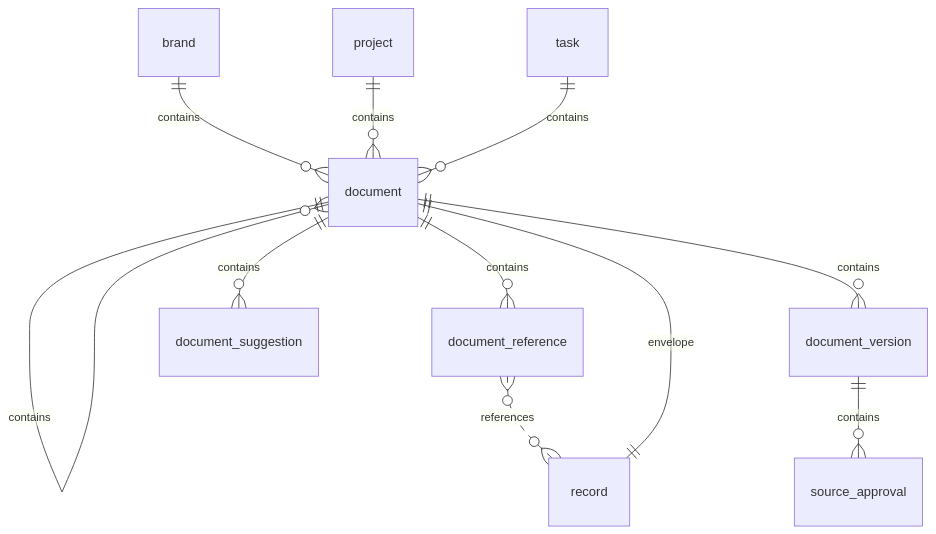
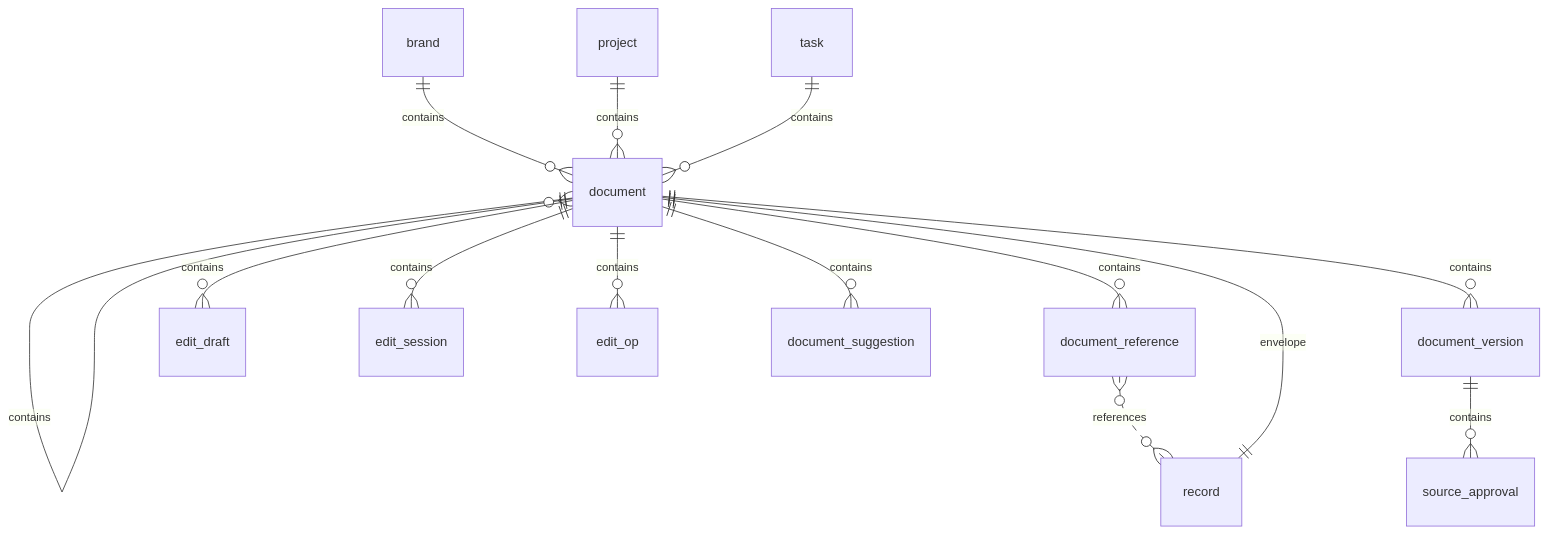
Diagram 17 of 30 in docs/architecture/data/generated/er-diagrams.md (KatrielMoses/pm), drawn with Mermaid before and after one commit. The commit also changed 50 other files, not shown here.

````diff
--- a/docs/architecture/data/generated/er-diagrams.md
+++ b/docs/architecture/data/generated/er-diagrams.md
@@ -254,13 +254,16 @@
 ```mermaid
 erDiagram
   brand ||--o{ document : "contains"
   project ||--o{ document : "contains"
   task ||--o{ document : "contains"
   document ||--o{ document : "contains"
   record ||--|| document : "envelope"
   document ||--o{ document_reference : "contains"
   document_reference }o..o{ record : "references"
   document ||--o{ document_version : "contains"
   document_version ||--o{ source_approval : "contains"
+  document ||--o{ edit_draft : "contains"
+  document ||--o{ edit_session : "contains"
+  document ||--o{ edit_op : "contains"
   document ||--o{ document_suggestion : "contains"
 ```
````
